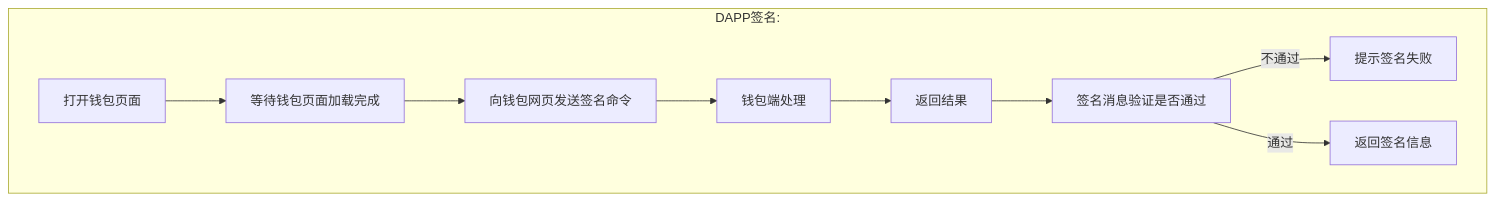
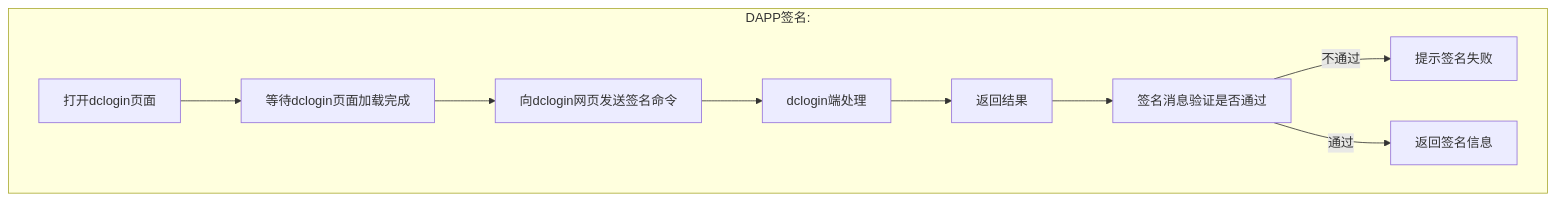
One commit to dcnetio/dclogin changed the second of 3 diagrams in DAPP.md. Above: the diagram before and after it, drawn with Mermaid. The commit also changed other lines of this file and 10 other files, not shown here.

````diff
--- a/DAPP.md
+++ b/DAPP.md
@@ -14,8 +14,8 @@
 ```mermaid
 graph TD
 subgraph DAPP签名:
-打开钱包页面 --> 等待钱包页面加载完成 --> 向钱包网页发送签名命令 --> 钱包端处理 --> 返回结果 --> 签名消息验证是否通过
+打开dclogin页面 --> 等待dclogin页面加载完成 --> 向dclogin网页发送签名命令 --> dclogin端处理 --> 返回结果 --> 签名消息验证是否通过
 签名消息验证是否通过 -- 不通过 --> 提示签名失败
 签名消息验证是否通过 -- 通过 --> 返回签名信息
 end
 ```
````
